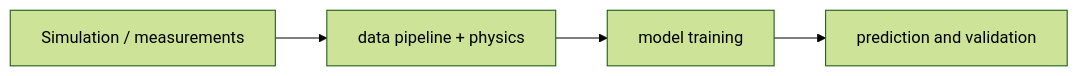
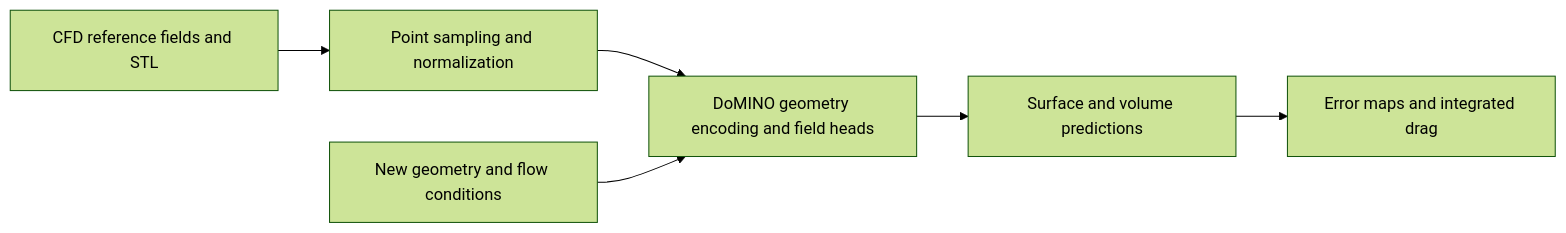
The diagram in docs/en/physicsnemo.md (james-joobs/awesome-nvidia-physical-ai), drawn with Mermaid (forest theme) before and after one commit. The commit also changed other lines of this file and 187 other files, not shown here.

Commit message:
Expand bilingual guides with official architecture references

````diff
--- a/docs/en/physicsnemo.md
+++ b/docs/en/physicsnemo.md
@@ -17,4 +18,14 @@
 ```mermaid
 flowchart LR
-    A["Simulation / measurements"] --> B["data pipeline + physics"] --> C["model training"] --> D["prediction and validation"]
+    cfd["CFD reference fields and STL"]
+    data["Point sampling and normalization"]
+    model["DoMINO geometry encoding and field heads"]
+    stl["New geometry and flow conditions"]
+    out["Surface and volume predictions"]
+    eval["Error maps and integrated drag"]
+    cfd --> data
+    data --> model
+    stl --> model
+    model --> out
+    out --> eval
 ```
````
